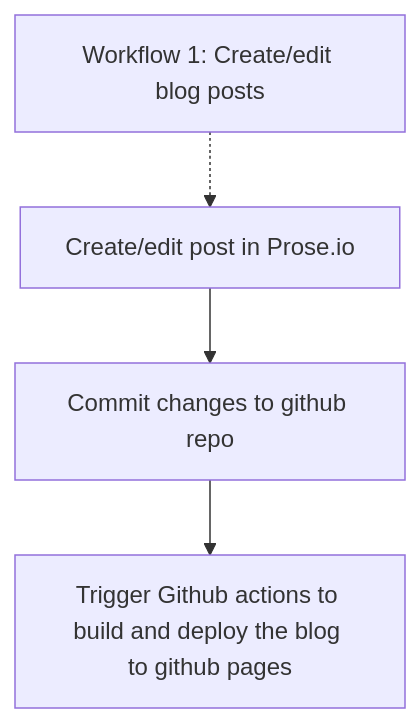
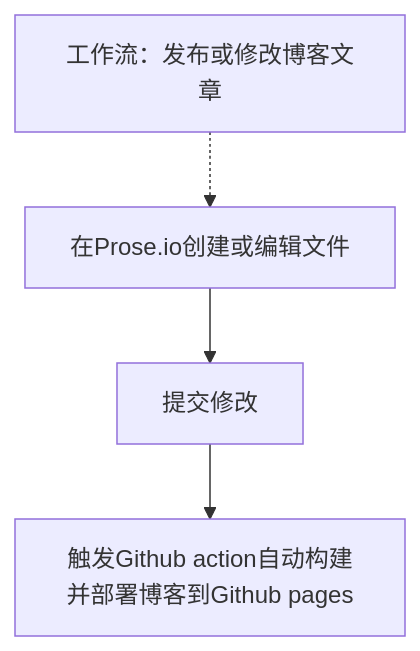
The diagram in _posts/productivity/2021-03-29-blog-setup.md (goooooouwa/writings), drawn with Mermaid before and after one commit.

```diff
--- a/_posts/productivity/2021-03-29-blog-setup.md
+++ b/_posts/productivity/2021-03-29-blog-setup.md
@@ -39,8 +39,8 @@
 <div class="mermaid">
     graph TD
-    T1[Workflow 1: Create/edit blog posts] -.-> A
+    T1[工作流：发布或修改博客文章] -.-> A
 
-    A[Create/edit post in Prose.io] --> B
-    B[Commit changes to github repo]
-    B --> C[Trigger Github actions to build and deploy the blog to github pages]
+    A[在Prose.io创建或编辑文件] --> B
+    B[提交修改]
+    B --> C[触发Github action自动构建并部署博客到Github pages]
 </div>
```
